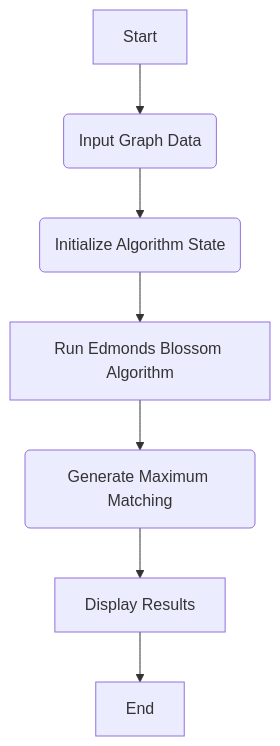
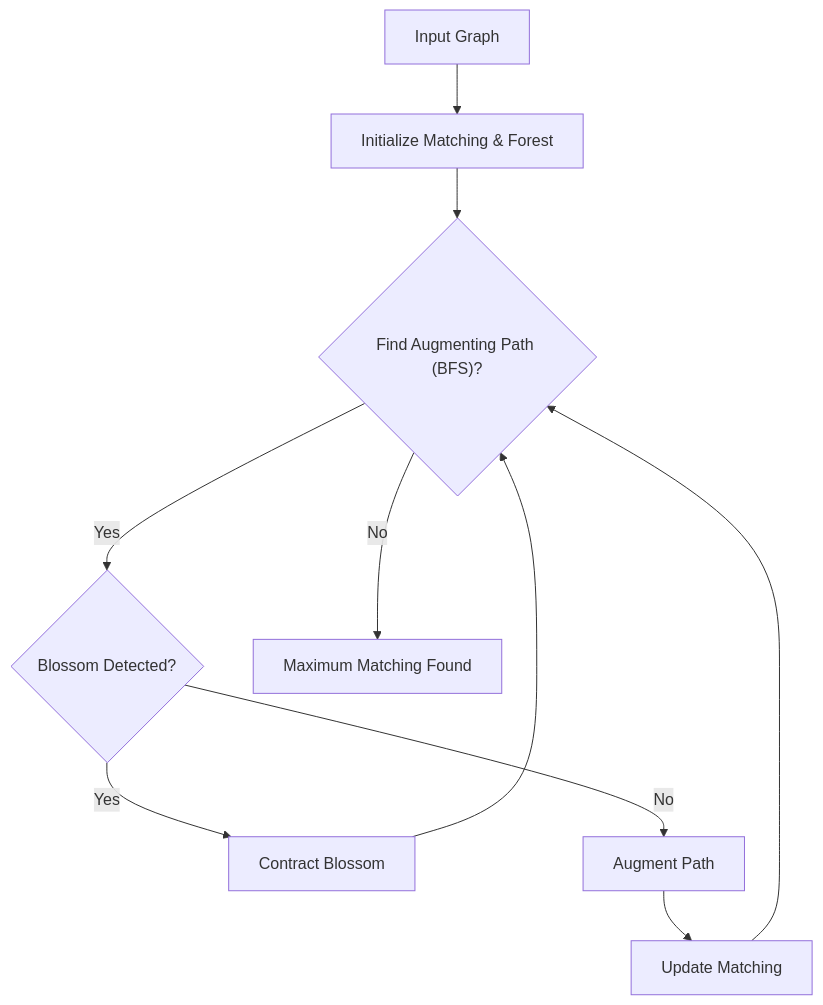
The diagram in README.md (grewal16/edmonds-blossom-algorithm), drawn with Mermaid before and after one commit. The commit also changed other lines of this file, not shown here.

Commit message:
docs: ✨ Auto-generate README

````diff
--- a/README.md
+++ b/README.md
@@ -28,9 +27,12 @@
 ```mermaid
 graph TD
-    A[Start] --> B(Input Graph Data);
-    B --> C(Initialize Algorithm State);
-    C --> D[Run Edmonds Blossom Algorithm];
-    D --> E(Generate Maximum Matching);
-    E --> F[Display Results];
-    F --> G[End];
+    A["Input Graph"] --> B["Initialize Matching & Forest"];
+    B --> C{"Find Augmenting Path (BFS)?"};
+    C -- Yes --> D{"Blossom Detected?"};
+    D -- Yes --> E["Contract Blossom"];
+    E --> C;
+    D -- No --> F["Augment Path"];
+    F --> G["Update Matching"];
+    G --> C;
+    C -- No --> H["Maximum Matching Found"];
 ```
````
